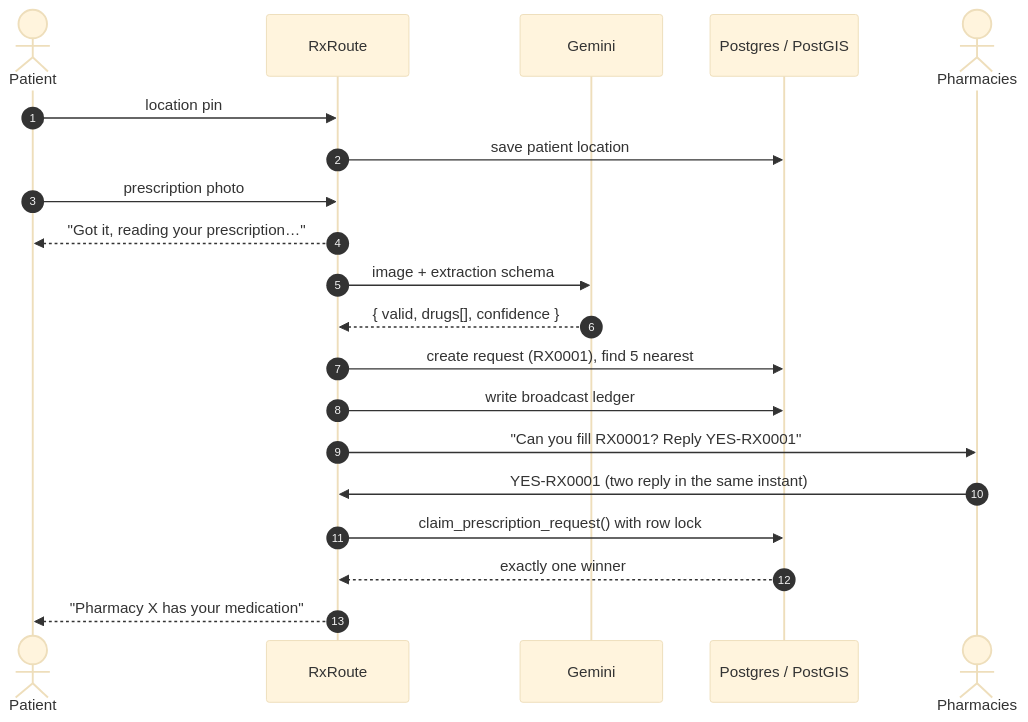
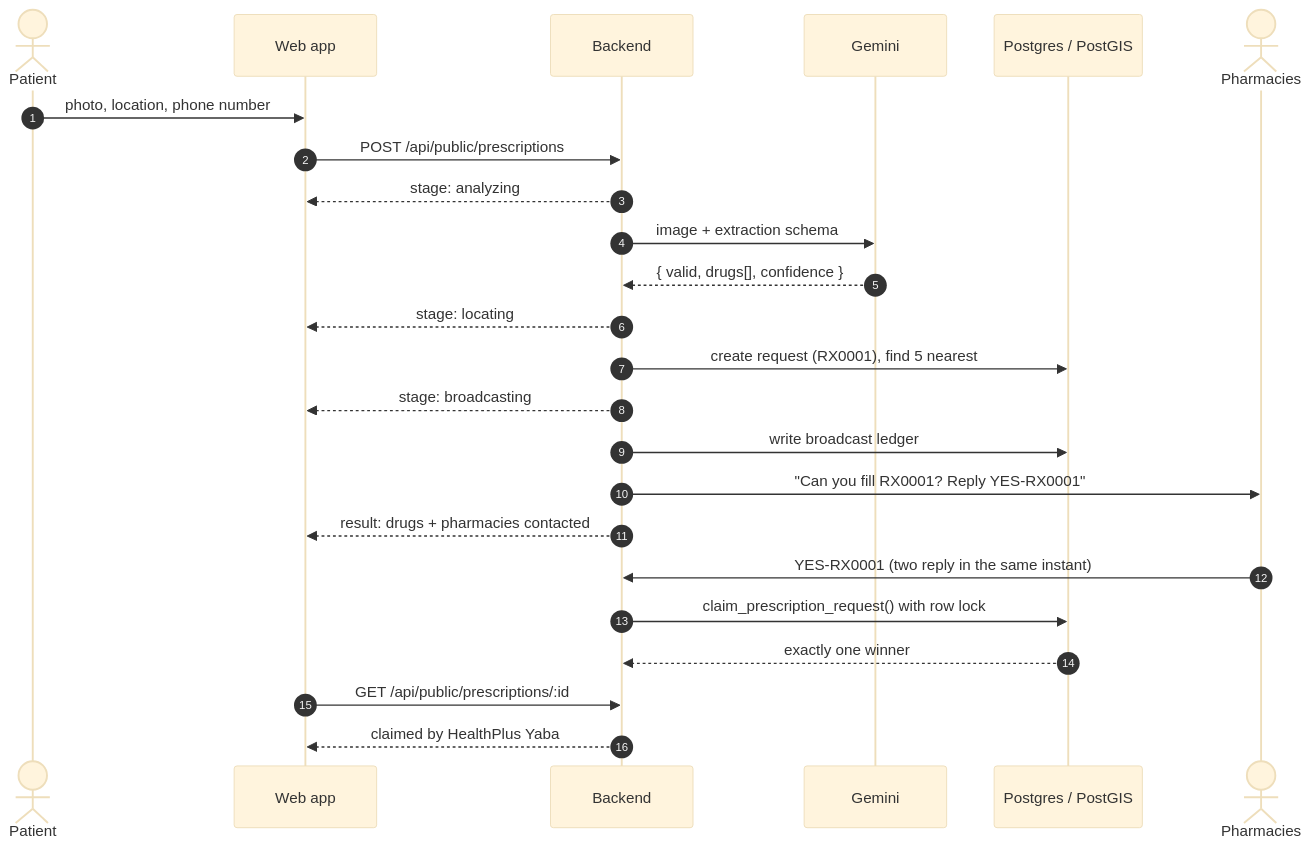
One commit to Susan-hue/RxRoute changed the second of 2 diagrams in README.md. Above: the diagram before and after it, drawn with Mermaid (base theme). The commit also changed other lines of this file and 55 other files, not shown here.

First line of the commit message:
Add React web app for patients and move server into backend/

````diff
--- a/README.md
+++ b/README.md
@@ -60,23 +61,27 @@
 ```mermaid
 sequenceDiagram
     autonumber
     actor Patient
-    participant RX as RxRoute
+    participant WEB as Web app
+    participant RX as Backend
     participant AI as Gemini
     participant DB as Postgres / PostGIS
     actor Pharmacies
 
-    Patient->>RX: location pin
-    RX->>DB: save patient location
-    Patient->>RX: prescription photo
-    RX-->>Patient: "Got it, reading your prescription…"
+    Patient->>WEB: photo, location, phone number
+    WEB->>RX: POST /api/public/prescriptions
+    RX-->>WEB: stage: analyzing
     RX->>AI: image + extraction schema
     AI-->>RX: { valid, drugs[], confidence }
+    RX-->>WEB: stage: locating
     RX->>DB: create request (RX0001), find 5 nearest
+    RX-->>WEB: stage: broadcasting
     RX->>DB: write broadcast ledger
     RX->>Pharmacies: "Can you fill RX0001? Reply YES-RX0001"
+    RX-->>WEB: result: drugs + pharmacies contacted
     Pharmacies->>RX: YES-RX0001 (two reply in the same instant)
     RX->>DB: claim_prescription_request() with row lock
     DB-->>RX: exactly one winner
-    RX-->>Patient: "Pharmacy X has your medication"
+    WEB->>RX: GET /api/public/prescriptions/:id
+    RX-->>WEB: claimed by HealthPlus Yaba
 ```
````
